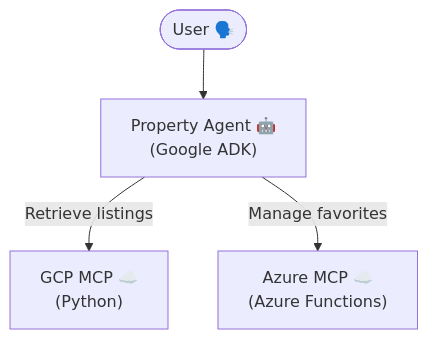
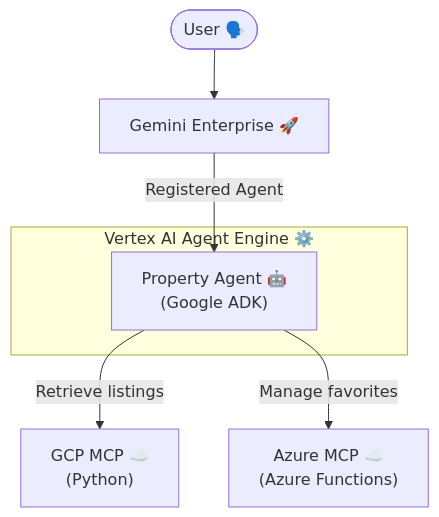
Before and after one commit to hning86/jll_demo: the first of 2 diagrams in README.md, drawn with Mermaid. The commit also changed other lines of this file, not shown here.

Commit message:
docs: update architecture and sequence diagrams for Gemini Enterprise and Vertex AI

````diff
--- a/README.md
+++ b/README.md
@@ -17,6 +17,12 @@
 ```mermaid
 graph TD
-    User(["User 🗣️"]) --> PA["Property Agent 🤖 <br/> (Google ADK)"]
+    User(["User 🗣️"]) --> GE["Gemini Enterprise 🚀"]
+    
+    subgraph VAAE ["Vertex AI Agent Engine ⚙️"]
+        PA["Property Agent 🤖 <br/> (Google ADK)"]
+    end
+
+    GE -- "Registered Agent" --> PA
     PA -->|Retrieve listings| GCP["GCP MCP ☁️ <br/> (Python)"]
     PA -->|Manage favorites| AZ["Azure MCP ☁️ <br/> (Azure Functions)"]
 ```
````
